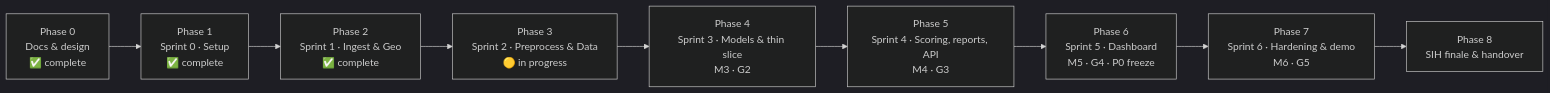
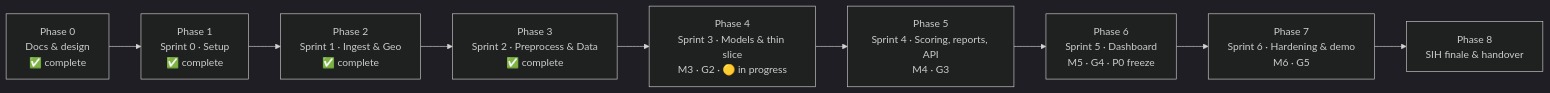
The diagram in TODO.md (Kalyan14s/sonarsentinel), drawn with Mermaid (dark theme) before and after one commit. The commit also changed other lines of this file and 87 other files, not shown here.

First line of the commit message:
feat: Sprint 3 thin slice - pipeline, detectors, PatchCore, API, dashboard shell

````diff
--- a/TODO.md
+++ b/TODO.md
@@ -18,11 +18,11 @@
 ```mermaid
 flowchart LR
     P0["Phase 0<br/>Docs & design<br/>✅ complete"] --> P1["Phase 1<br/>Sprint 0 · Setup<br/>✅ complete"]
     P1 --> P2["Phase 2<br/>Sprint 1 · Ingest & Geo<br/>✅ complete"]
-    P2 --> P3["Phase 3<br/>Sprint 2 · Preprocess & Data<br/>🟡 in progress"]
-    P3 --> P4["Phase 4<br/>Sprint 3 · Models & thin slice<br/>M3 · G2"]
+    P2 --> P3["Phase 3<br/>Sprint 2 · Preprocess & Data<br/>✅ complete"]
+    P3 --> P4["Phase 4<br/>Sprint 3 · Models & thin slice<br/>M3 · G2 · 🟡 in progress"]
     P4 --> P5["Phase 5<br/>Sprint 4 · Scoring, reports, API<br/>M4 · G3"]
     P5 --> P6["Phase 6<br/>Sprint 5 · Dashboard<br/>M5 · G4 · P0 freeze"]
     P6 --> P7["Phase 7<br/>Sprint 6 · Hardening & demo<br/>M6 · G5"]
     P7 --> P8["Phase 8<br/>SIH finale & handover"]
 ```
````
